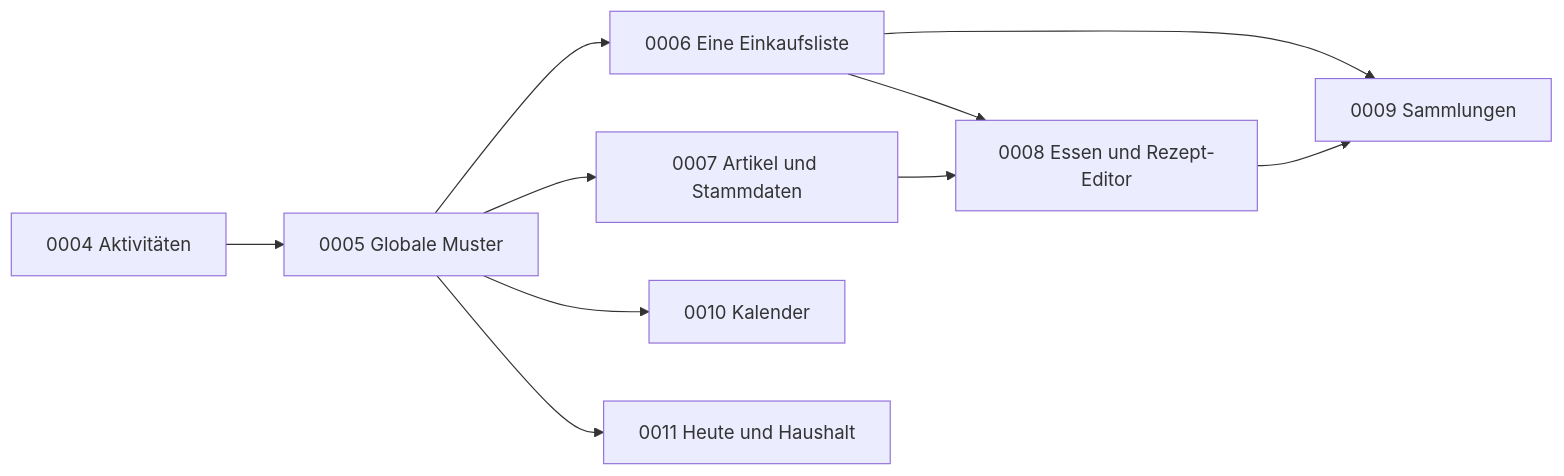
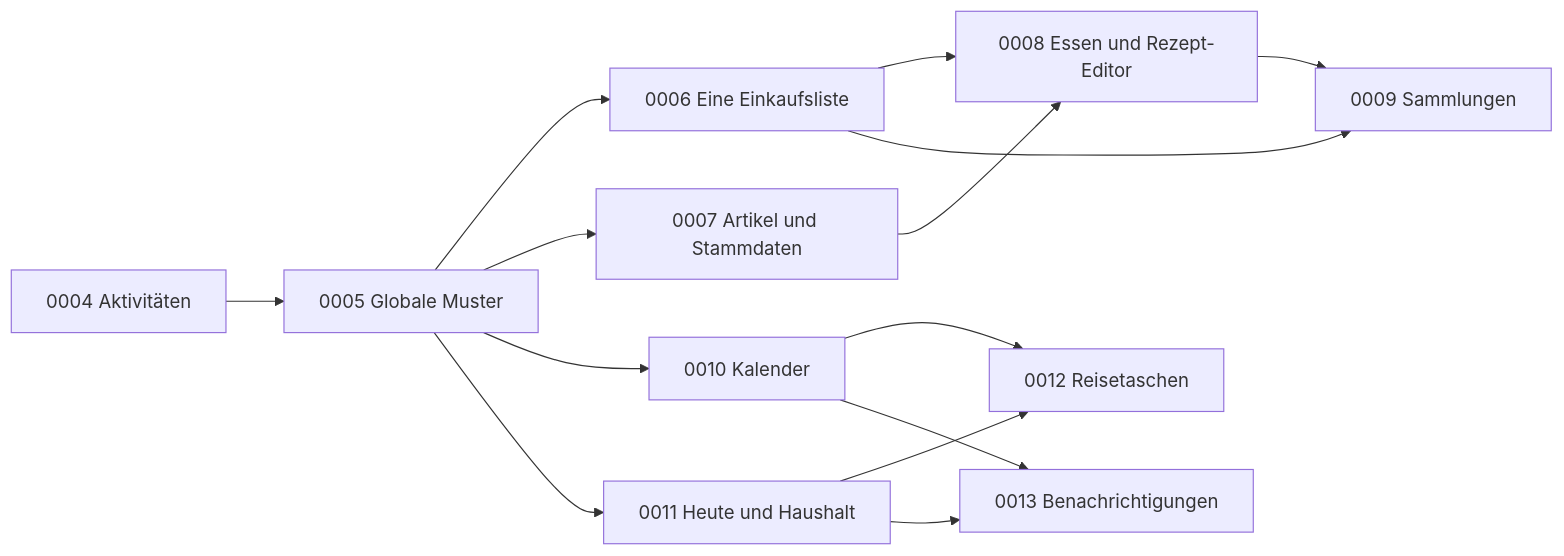
The second of 2 diagrams in docs/product/ui-konzept-v2.md (enricogoerlitz/housekeeping-app), drawn with Mermaid before and after one commit. The commit also changed other lines of this file, not shown here.

````diff
--- a/docs/product/ui-konzept-v2.md
+++ b/docs/product/ui-konzept-v2.md
@@ -1490,12 +1970,16 @@
 ```mermaid
 flowchart LR
   S4[0004 Aktivitäten] --> S5[0005 Globale Muster]
   S5 --> S6[0006 Eine Einkaufsliste]
   S5 --> S7[0007 Artikel und Stammdaten]
   S5 --> S10[0010 Kalender]
   S5 --> S11[0011 Heute und Haushalt]
   S6 --> S8[0008 Essen und Rezept-Editor]
   S7 --> S8
   S6 --> S9[0009 Sammlungen]
   S8 --> S9
+  S10 --> S12[0012 Reisetaschen]
+  S11 --> S12
+  S10 --> S13[0013 Benachrichtigungen]
+  S11 --> S13
 ```
````
